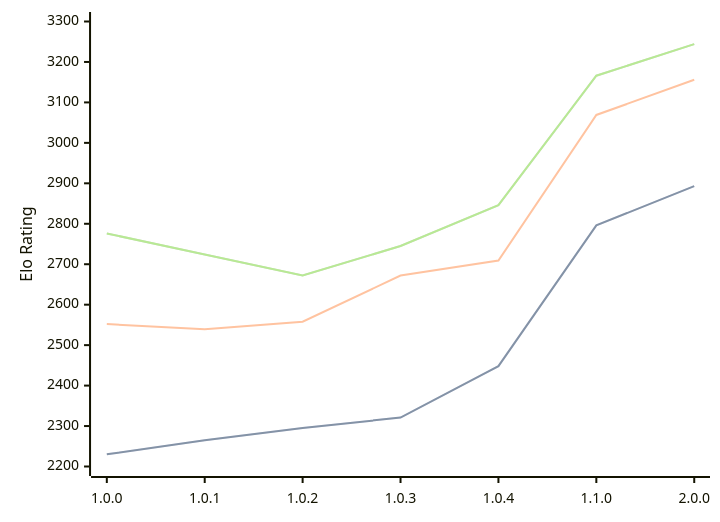
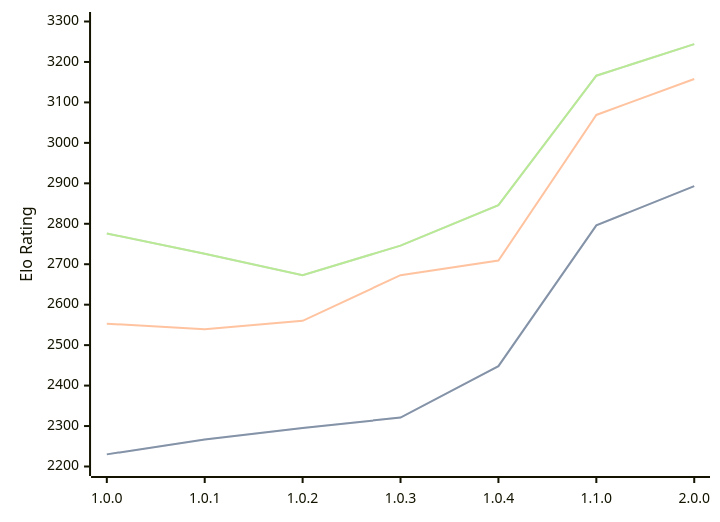
Before and after one commit to computer-chess-index/cci: the diagram in engines/Grail.md, drawn with Mermaid. The commit also changed other lines of this file, not shown here.

Commit message:
Update CCI Ratings (ELO VLTC) - 2026-05-22

````diff
--- a/engines/Grail.md
+++ b/engines/Grail.md
@@ -37,11 +37,11 @@
 ```mermaid
 %%{init: {"theme":"base","themeVariables":{"seriesColors:['#a3a3a3','#222221','#faa371']}}}%%
 xychart-beta
   x-axis ["1.0.0", "1.0.1", "1.0.2", "1.0.3", "1.0.4", "1.1.0", "2.0.0"]
   y-axis "Elo Rating" 2200 --> 3300
-  line "STC (8.0+0.08s)" [2230, 2265, 2295, 2321, 2448, 2796, 2893]
-  line "STC (8.0+0.08s)" [2230, 2265, 2295, 2321, 2448, 2796, 2893]
-  line "LTC (60.0+0.60s)" [2552, 2539, 2558, 2672, 2709, 3069, 3156]
-  line "VLTC (2m24s+1.12s)" [2776, 2724, 2672, 2745, 2846, 3166, 3244]
-  line "VLTC (2m24s+1.12s)" [2776, 2724, 2672, 2745, 2846, 3166, 3244]
+  line "STC (8.0+0.08s)" [2230, 2267, 2295, 2321, 2448, 2796, 2893]
+  line "STC (8.0+0.08s)" [2230, 2267, 2295, 2321, 2448, 2796, 2893]
+  line "LTC (60.0+0.60s)" [2553, 2539, 2560, 2673, 2709, 3069, 3158]
+  line "VLTC (2m24s+1.12s)" [2776, 2726, 2673, 2746, 2846, 3166, 3244]
+  line "VLTC (2m24s+1.12s)" [2776, 2726, 2673, 2746, 2846, 3166, 3244]
 ```
````
